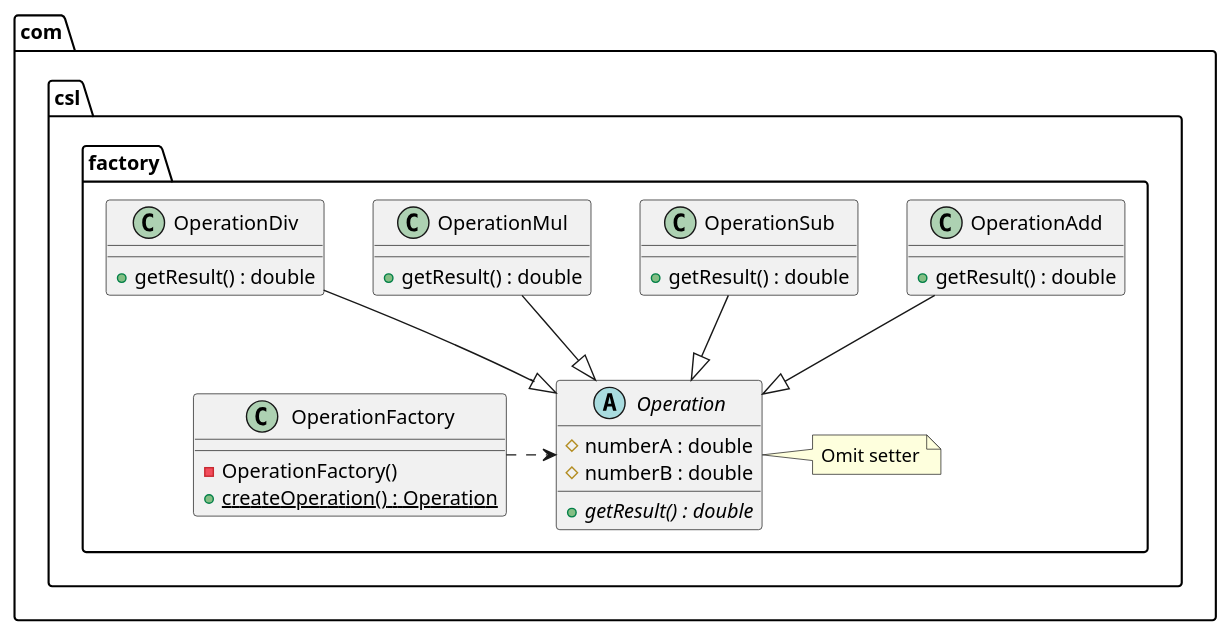
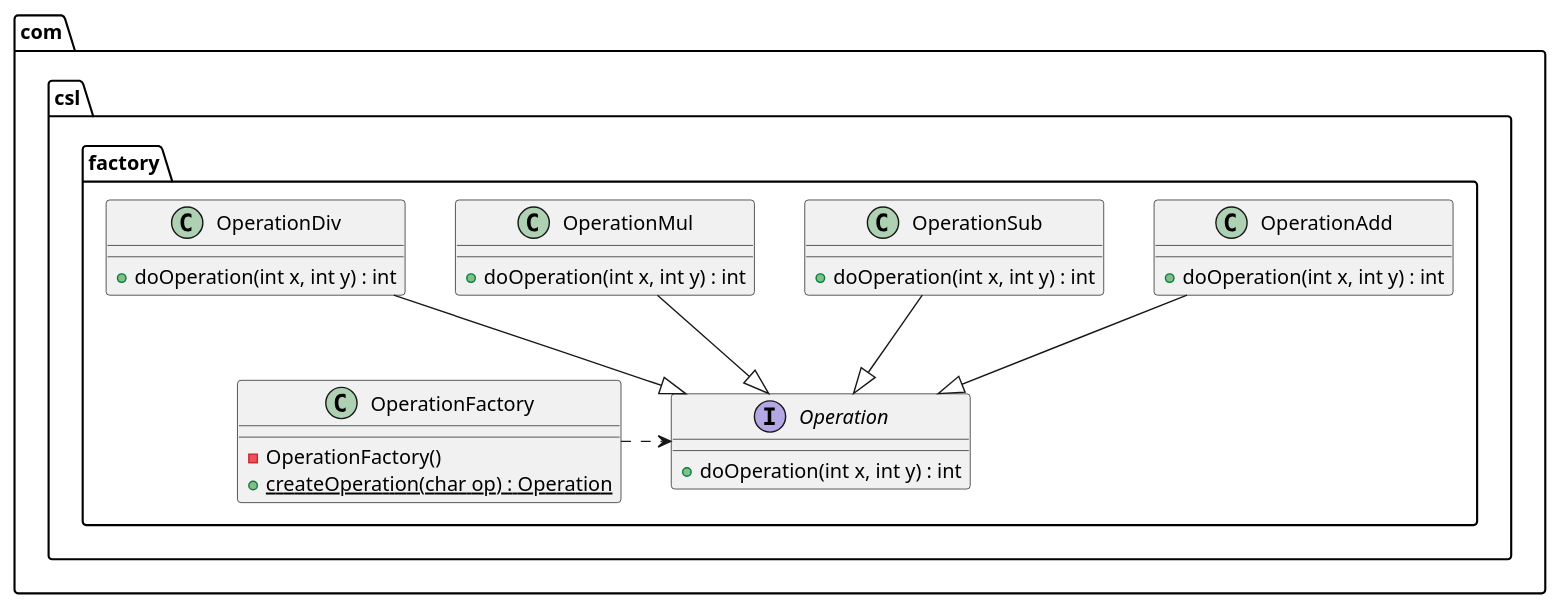
One commit to maolonglong/java-design-pattern changed the diagram in factory/etc/factory.puml. Above: the diagram before and after it, drawn with PlantUML. The commit also changed 7 other files, not shown here.

```diff
--- a/factory/etc/factory.puml
+++ b/factory/etc/factory.puml
@@ -1,31 +1,28 @@
 @startuml
 package com.csl.factory {
-    abstract class Operation {
-        # numberA : double
-        # numberB : double
-        + {abstract} getResult() : double
+    interface Operation {
+        + doOperation(int x, int y) : int
     }
     class OperationAdd {
-        + getResult() : double
+        + doOperation(int x, int y) : int
     }
     class OperationSub {
-        + getResult() : double
+        + doOperation(int x, int y) : int
     }
     class OperationMul {
-        + getResult() : double
+        + doOperation(int x, int y) : int
     }
     class OperationDiv {
-        + getResult() : double
+        + doOperation(int x, int y) : int
     }
     class OperationFactory {
         - OperationFactory()
-        + {static} createOperation() : Operation
+        + {static} createOperation(char op) : Operation
     }
-    note right of Operation : Omit setter
     OperationAdd --|> Operation
     OperationSub --|> Operation
     OperationMul --|> Operation
     OperationDiv --|> Operation
     OperationFactory .> Operation
 }
 @enduml
```
